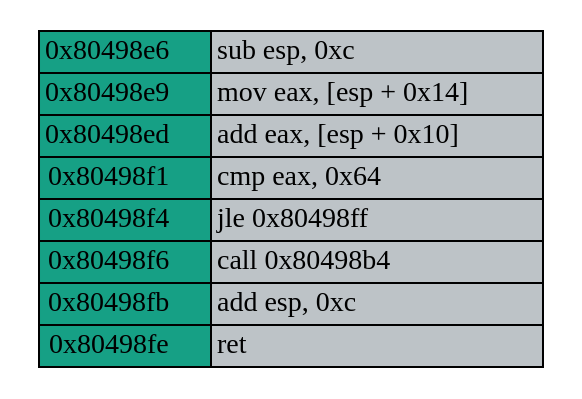
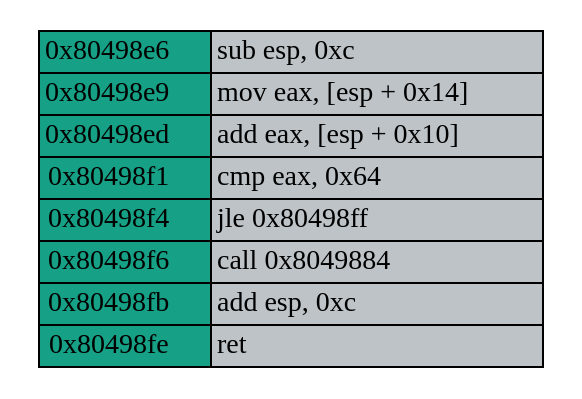
Before and after one commit to Nicolnegg/researh: the diagram in VM/tools-paper/Examples/example-add-a-b-gt-100/function_cfg.dot, drawn with Graphviz. The commit also changed 35 other files, not shown here.

```diff
--- a/VM/tools-paper/Examples/example-add-a-b-gt-100/function_cfg.dot
+++ b/VM/tools-paper/Examples/example-add-a-b-gt-100/function_cfg.dot
@@ -1,17 +1,17 @@
 digraph G {
   node [shape=plaintext, ];
   937280693 [label=<<table border="0" cellspacing="0">
 <tr><td border="1" bgcolor="#16a085">0x80498e6</td><td border="1" bgcolor="#bdc3c7" align="left">sub esp, 0xc</td></tr>
 <tr><td border="1" bgcolor="#16a085">0x80498e9</td><td border="1" bgcolor="#bdc3c7" align="left">mov eax, [esp + 0x14]</td></tr>
 <tr><td border="1" bgcolor="#16a085">0x80498ed</td><td border="1" bgcolor="#bdc3c7" align="left">add eax, [esp + 0x10]</td></tr>
 <tr><td border="1" bgcolor="#16a085">0x80498f1</td><td border="1" bgcolor="#bdc3c7" align="left">cmp eax, 0x64</td></tr>
 <tr><td border="1" bgcolor="#16a085">0x80498f4</td><td border="1" bgcolor="#bdc3c7" align="left">jle 0x80498ff</td></tr>
-<tr><td border="1" bgcolor="#16a085">0x80498f6</td><td border="1" bgcolor="#bdc3c7" align="left">call 0x80498b4</td></tr>
+<tr><td border="1" bgcolor="#16a085">0x80498f6</td><td border="1" bgcolor="#bdc3c7" align="left">call 0x8049884</td></tr>
 <tr><td border="1" bgcolor="#16a085">0x80498fb</td><td border="1" bgcolor="#bdc3c7" align="left">add esp, 0xc</td></tr>
 <tr><td border="1" bgcolor="#16a085">0x80498fe</td><td border="1" bgcolor="#bdc3c7" align="left">ret</td></tr>
 </table>>,
              ];
   
   
   
   }
```
